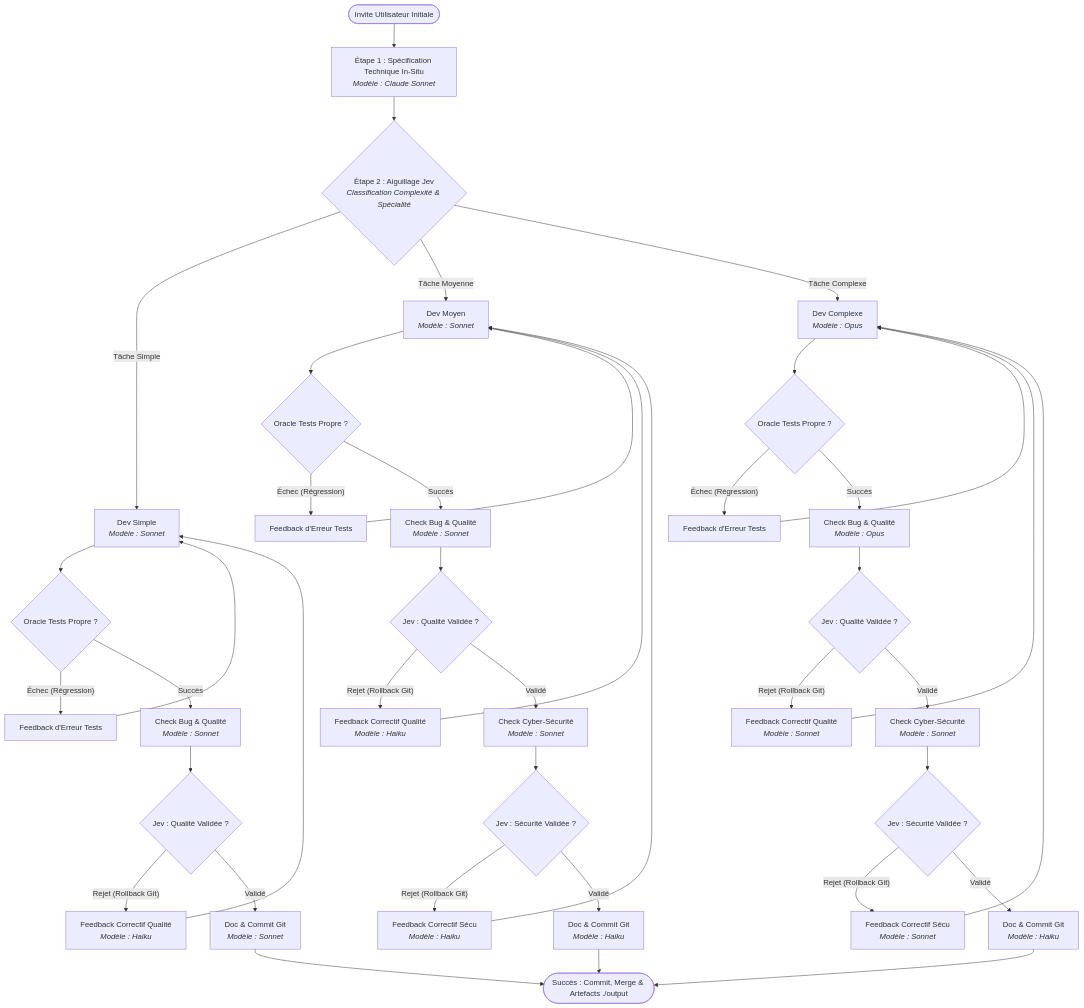
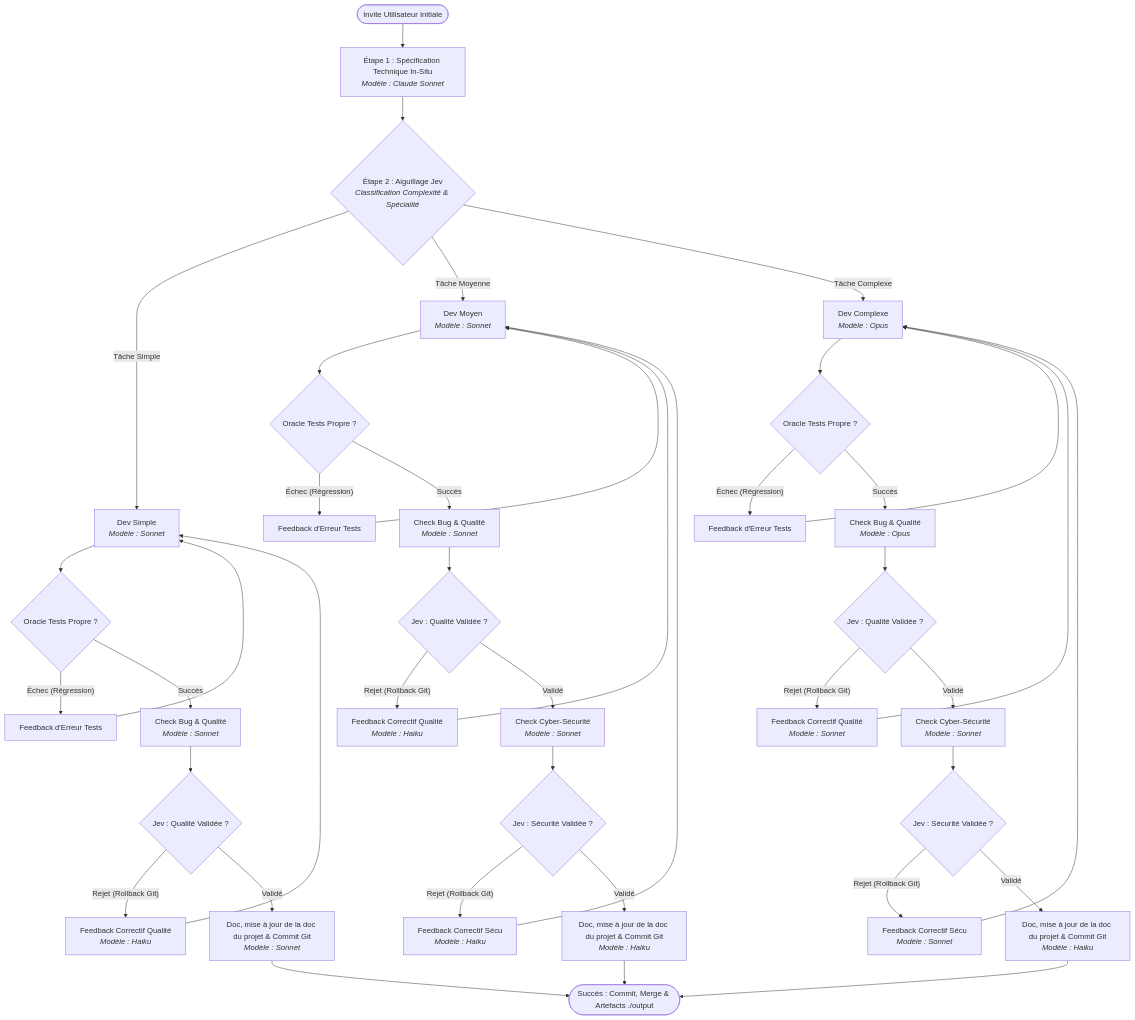
The first of 2 diagrams in docs/architecture.md (GirardotN/Workflow-Claude-Code), drawn with Mermaid before and after one commit. The commit also changed other lines of this file and 2 other files, not shown here.

Commit message:
test+docs(phase-2): --doc-edit flag test, DOC_EDIT in architecture and README

````diff
--- a/docs/architecture.md
+++ b/docs/architecture.md
@@ -27,50 +27,50 @@
 ```mermaid
 flowchart TD
     Start(["Invite Utilisateur Initiale"]) --> Spec["Étape 1 : Spécification Technique In-Situ<br/><i>Modèle : Claude Sonnet</i>"]
     Spec --> JevRoute{"Étape 2 : Aiguillage Jev<br/><i>Classification Complexité & Spécialité</i>"}
 
     %% Branche Simple
     JevRoute -->|"Tâche Simple"| DevSimple["Dev Simple<br/><i>Modèle : Sonnet</i>"]
     DevSimple --> TestsSimple{"Oracle Tests Propre ?"}
     TestsSimple -->|"Échec (Régression)"| FbTestSimple["Feedback d'Erreur Tests"]
     FbTestSimple --> DevSimple
     TestsSimple -->|"Succès"| QualSimple["Check Bug & Qualité<br/><i>Modèle : Sonnet</i>"]
     QualSimple --> JevQualSimple{"Jev : Qualité Validée ?"}
     JevQualSimple -->|"Rejet (Rollback Git)"| FbQualSimple["Feedback Correctif Qualité<br/><i>Modèle : Haiku</i>"]
     FbQualSimple --> DevSimple
-    JevQualSimple -->|"Validé"| DocSimple["Doc & Commit Git<br/><i>Modèle : Sonnet</i>"]
+    JevQualSimple -->|"Validé"| DocSimple["Doc, mise à jour de la doc du projet &amp; Commit Git<br/><i>Modèle : Sonnet</i>"]
 
     %% Branche Moyenne
     JevRoute -->|"Tâche Moyenne"| DevMoy["Dev Moyen<br/><i>Modèle : Sonnet</i>"]
     DevMoy --> TestsMoy{"Oracle Tests Propre ?"}
     TestsMoy -->|"Échec (Régression)"| FbTestMoy["Feedback d'Erreur Tests"]
     FbTestMoy --> DevMoy
     TestsMoy -->|"Succès"| QualMoy["Check Bug & Qualité<br/><i>Modèle : Sonnet</i>"]
     QualMoy --> JevQualMoy{"Jev : Qualité Validée ?"}
     JevQualMoy -->|"Rejet (Rollback Git)"| FbQualMoy["Feedback Correctif Qualité<br/><i>Modèle : Haiku</i>"]
     FbQualMoy --> DevMoy
     JevQualMoy -->|"Validé"| SecuMoy["Check Cyber-Sécurité<br/><i>Modèle : Sonnet</i>"]
     SecuMoy --> JevSecuMoy{"Jev : Sécurité Validée ?"}
     JevSecuMoy -->|"Rejet (Rollback Git)"| FbSecuMoy["Feedback Correctif Sécu<br/><i>Modèle : Haiku</i>"]
     FbSecuMoy --> DevMoy
-    JevSecuMoy -->|"Validé"| DocMoy["Doc & Commit Git<br/><i>Modèle : Haiku</i>"]
+    JevSecuMoy -->|"Validé"| DocMoy["Doc, mise à jour de la doc du projet &amp; Commit Git<br/><i>Modèle : Haiku</i>"]
 
     %% Branche Complexe
     JevRoute -->|"Tâche Complexe"| DevComp["Dev Complexe<br/><i>Modèle : Opus</i>"]
     DevComp --> TestsComp{"Oracle Tests Propre ?"}
     TestsComp -->|"Échec (Régression)"| FbTestComp["Feedback d'Erreur Tests"]
     FbTestComp --> DevComp
     TestsComp -->|"Succès"| QualComp["Check Bug & Qualité<br/><i>Modèle : Opus</i>"]
     QualComp --> JevQualComp{"Jev : Qualité Validée ?"}
     JevQualComp -->|"Rejet (Rollback Git)"| FbQualComp["Feedback Correctif Qualité<br/><i>Modèle : Sonnet</i>"]
     FbQualComp --> DevComp
     JevQualComp -->|"Validé"| SecuComp["Check Cyber-Sécurité<br/><i>Modèle : Sonnet</i>"]
     SecuComp --> JevSecuComp{"Jev : Sécurité Validée ?"}
     JevSecuComp -->|"Rejet (Rollback Git)"| FbSecuComp["Feedback Correctif Sécu<br/><i>Modèle : Sonnet</i>"]
     FbSecuComp --> DevComp
-    JevSecuComp -->|"Validé"| DocComp["Doc & Commit Git<br/><i>Modèle : Haiku</i>"]
+    JevSecuComp -->|"Validé"| DocComp["Doc, mise à jour de la doc du projet &amp; Commit Git<br/><i>Modèle : Haiku</i>"]
 
     DocSimple --> OutputSuccess(["Succès : Commit, Merge & Artefacts ./output"])
     DocMoy --> OutputSuccess
     DocComp --> OutputSuccess
 ```
````
